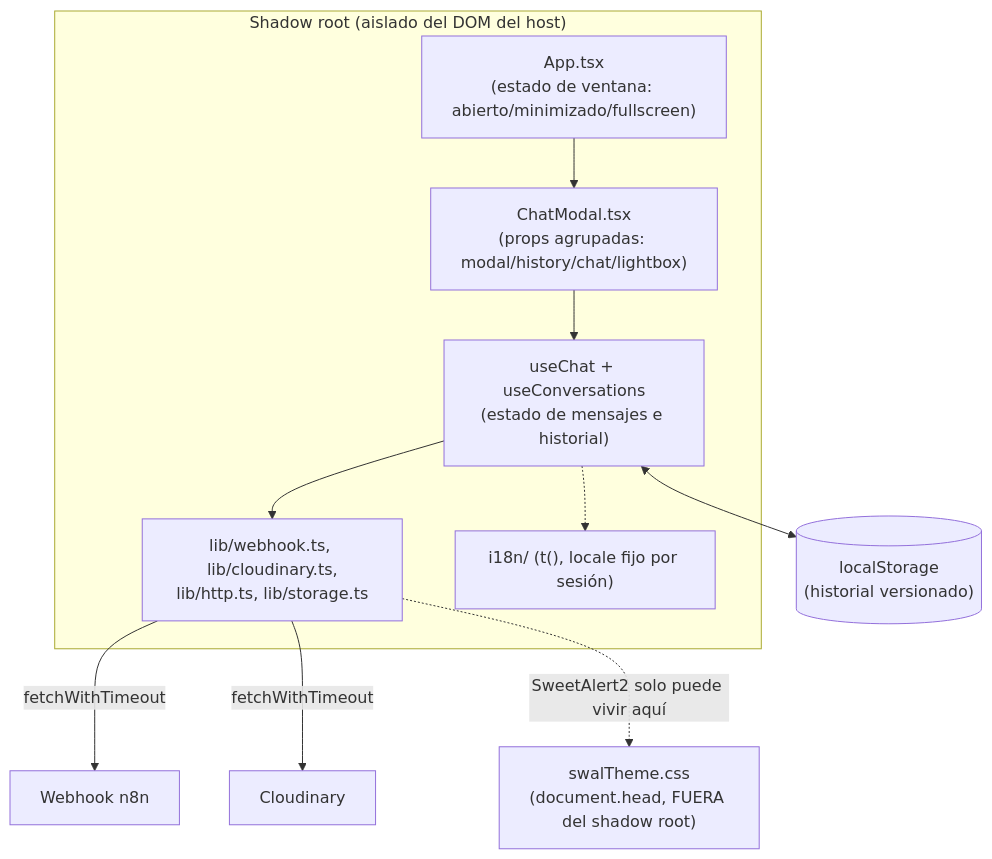
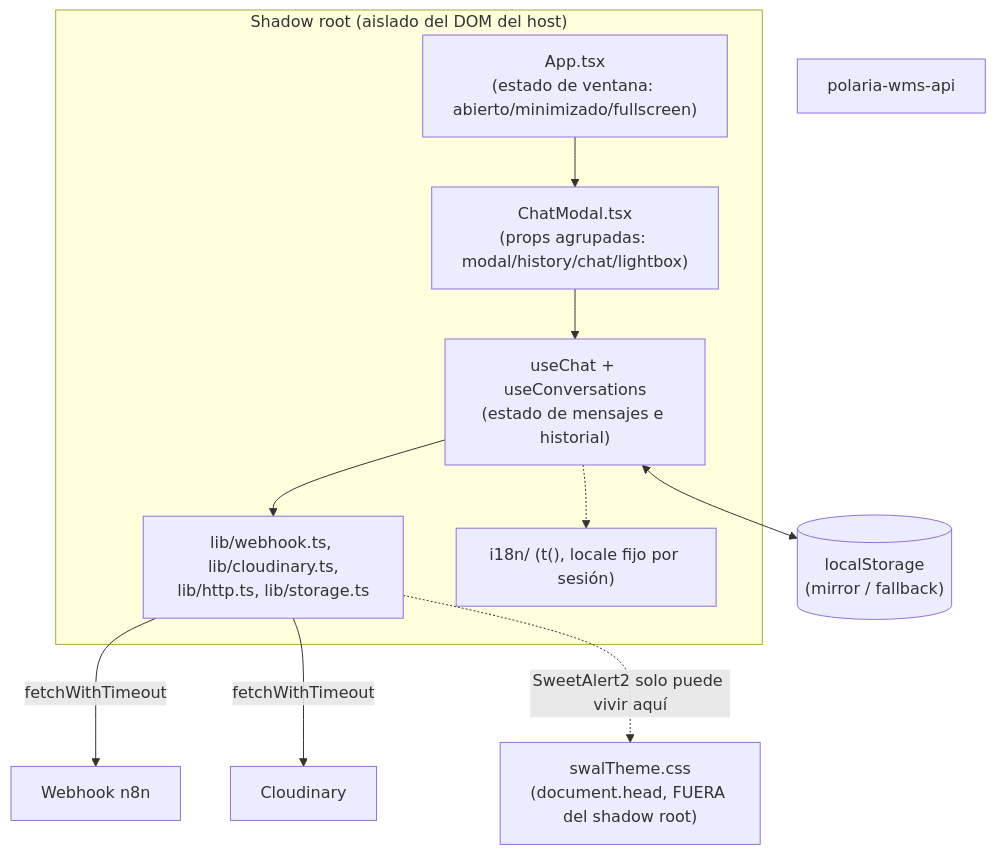
One commit to PolariaTech/Widget-react changed the second of 3 diagrams in docs/ARQUITECTURA.md. Above: the diagram before and after it, drawn with Mermaid. The commit also changed other lines of this file and 26 other files, not shown here.

````diff
--- a/docs/ARQUITECTURA.md
+++ b/docs/ARQUITECTURA.md
@@ -26,22 +30,23 @@
 ```mermaid
 flowchart TB
     subgraph ShadowRoot["Shadow root (aislado del DOM del host)"]
         App["App.tsx<br/>(estado de ventana: abierto/minimizado/fullscreen)"]
         ChatModal["ChatModal.tsx<br/>(props agrupadas: modal/history/chat/lightbox)"]
         Hooks["useChat + useConversations<br/>(estado de mensajes e historial)"]
         Lib["lib/webhook.ts, lib/cloudinary.ts,<br/>lib/http.ts, lib/storage.ts"]
         I18n["i18n/ (t(), locale fijo por sesión)"]
     end
 
     SwalTarget["swalTheme.css<br/>(document.head, FUERA del shadow root)"]
-    LS[("localStorage<br/>(historial versionado)")]
+    LS[("localStorage<br/>(mirror / fallback)")]
     N8N["Webhook n8n"]
     CDN["Cloudinary"]
+    WMS["polaria-wms-api"]
 
     App --> ChatModal --> Hooks --> Lib
     Hooks -.-> I18n
     Lib -->|fetchWithTimeout| N8N
     Lib -->|fetchWithTimeout| CDN
     Hooks <--> LS
     Lib -.->|SweetAlert2 solo puede vivir aquí| SwalTarget
 ```
````
